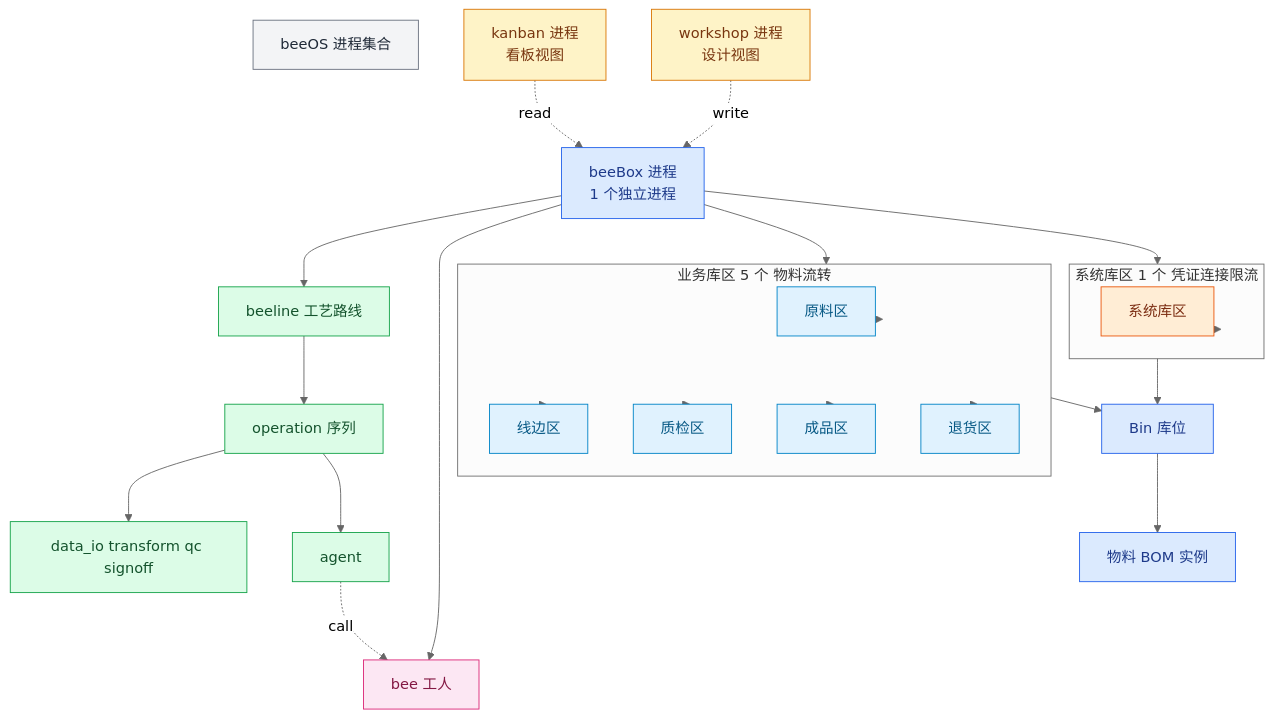
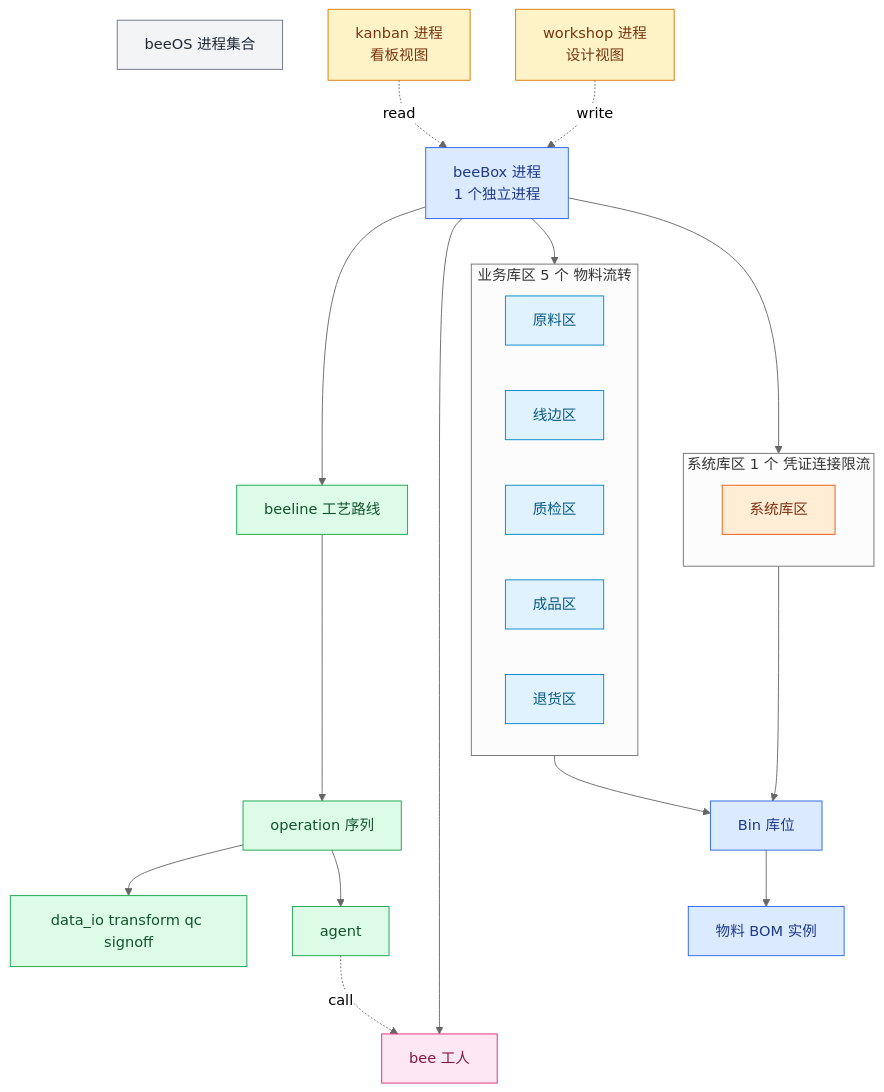
The first of 5 diagrams in docs/architecture/kernel-design.md (chehuizi/beeOS), drawn with Mermaid (neutral theme) before and after one commit.

Commit message:
docs: §1 关系总览图删 6 条冗余边——biz/sys subgraph ID 自连会触发 mermaid 渲染异常
之前为了"避免孤立节点"加了 biz --> raw/line/qc/finished/ret + sys -->
system 共 6 条边（commit 971c3da），但 mermaid 渲染时 subgraph ID 指向
子图内节点会触发红线异常（GitHub 浏览器看到波浪红线 + 长连线穿过子图）。

子图边框本身就表示"raw/line/qc/finished/ret 是业务库区的成员"，不需要
subgraph ID 自连。删 6 条冗余边，保留：
- beeBox --> biz（beeBox 含业务库区）
- beeBox --> sys（beeBox 含系统库区）
- biz --> bins / sys --> bins（库区到库位）
- kanban -. read .-> beeBox / workshop -. write .-> beeBox（控制台读写）

§1 SVG 从 43KB 减到 37KB。

````diff
--- a/docs/architecture/kernel-design.md
+++ b/docs/architecture/kernel-design.md
@@ -16,72 +16,66 @@
 ```mermaid
 flowchart TB
   beeOS["beeOS 进程集合"]
   kanban["kanban 进程\n看板视图"]
   workshop["workshop 进程\n设计视图"]
   beeBox["beeBox 进程\n1 个独立进程"]
   bins["Bin 库位"]
   materials["物料 BOM 实例"]
   beeline["beeline 工艺路线"]
   operations["operation 序列"]
   opBasic["data_io transform qc signoff"]
   opAgent["agent"]
   bee["bee 工人"]
 
   subgraph biz["业务库区 5 个 物料流转"]
     raw["原料区"]
     line["线边区"]
     qc["质检区"]
     finished["成品区"]
     ret["退货区"]
   end
 
   subgraph sys["系统库区 1 个 凭证连接限流"]
     system["系统库区"]
   end
 
   kanban -. read .-> beeBox
   workshop -. write .-> beeBox
   beeBox --> biz
   beeBox --> sys
-  biz --> raw
-  biz --> line
-  biz --> qc
-  biz --> finished
-  biz --> ret
-  sys --> system
   biz --> bins
   sys --> bins
   bins --> materials
   beeBox --> beeline
   beeBox --> bee
   beeline --> operations
   operations --> opBasic
   operations --> opAgent
   opAgent -. call .-> bee
 
   classDef system fill:#f3f4f6,stroke:#6b7280,color:#1f2937
   classDef console fill:#fef3c7,stroke:#d97706,color:#78350f
   classDef box fill:#dbeafe,stroke:#2563eb,color:#1e3a8a
   classDef flow fill:#dcfce7,stroke:#16a34a,color:#14532d
   classDef worker fill:#fce7f3,stroke:#db2777,color:#831843
   classDef bizzone fill:#e0f2fe,stroke:#0284c7,color:#075985
   classDef syszone fill:#ffedd5,stroke:#ea580c,color:#7c2d12
 
   class beeOS system
   class kanban console
   class workshop console
   class beeBox box
   class bins box
   class materials box
   class beeline flow
   class operations flow
   class opBasic flow
   class opAgent flow
   class bee worker
   class raw bizzone
   class line bizzone
   class qc bizzone
   class finished bizzone
   class ret bizzone
   class system syszone
 ```
````
